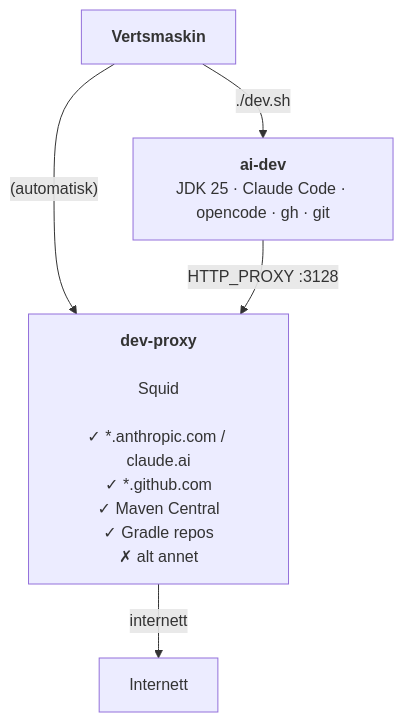
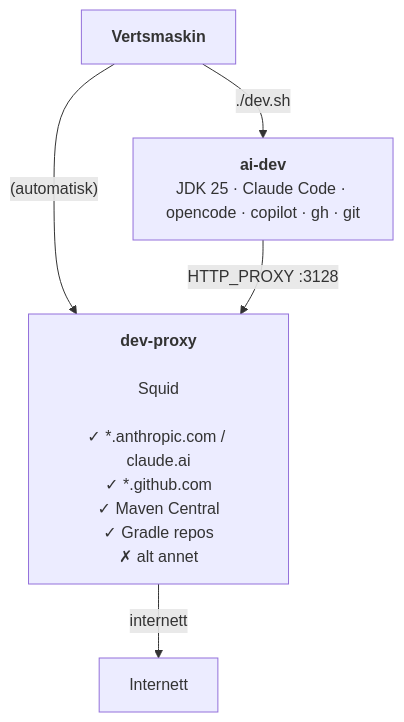
Before and after one commit to bekk/agentic-ai-tools: the diagram in dev-sandbox/README.md, drawn with Mermaid. The commit also changed other lines of this file and 12 other files, not shown here.

First line of the commit message:
Add GitHub Copilot CLI and rename dev-sandbox to jdk-gradle

````diff
--- a/dev-sandbox/README.md
+++ b/dev-sandbox/README.md
@@ -34,10 +34,10 @@
 ```mermaid
 graph TD
     host["<b>Vertsmaskin</b>"]
 
-    host -->|"./dev.sh"| aidev["<b>ai-dev</b><br/>JDK 25 · Claude Code · opencode · gh · git"]
+    host -->|"./dev.sh"| aidev["<b>ai-dev</b><br/>JDK 25 · Claude Code · opencode · copilot · gh · git"]
     host -->|"(automatisk)"| proxy["<b>dev-proxy</b><br/><br/>Squid<br/><br/>✓ *.anthropic.com / claude.ai<br/>✓ *.github.com<br/>✓ Maven Central<br/>✓ Gradle repos<br/>✗ alt annet"]
 
     aidev -->|"HTTP_PROXY :3128"| proxy
     proxy -->|"internett"| internet["Internett"]
 ```
````
